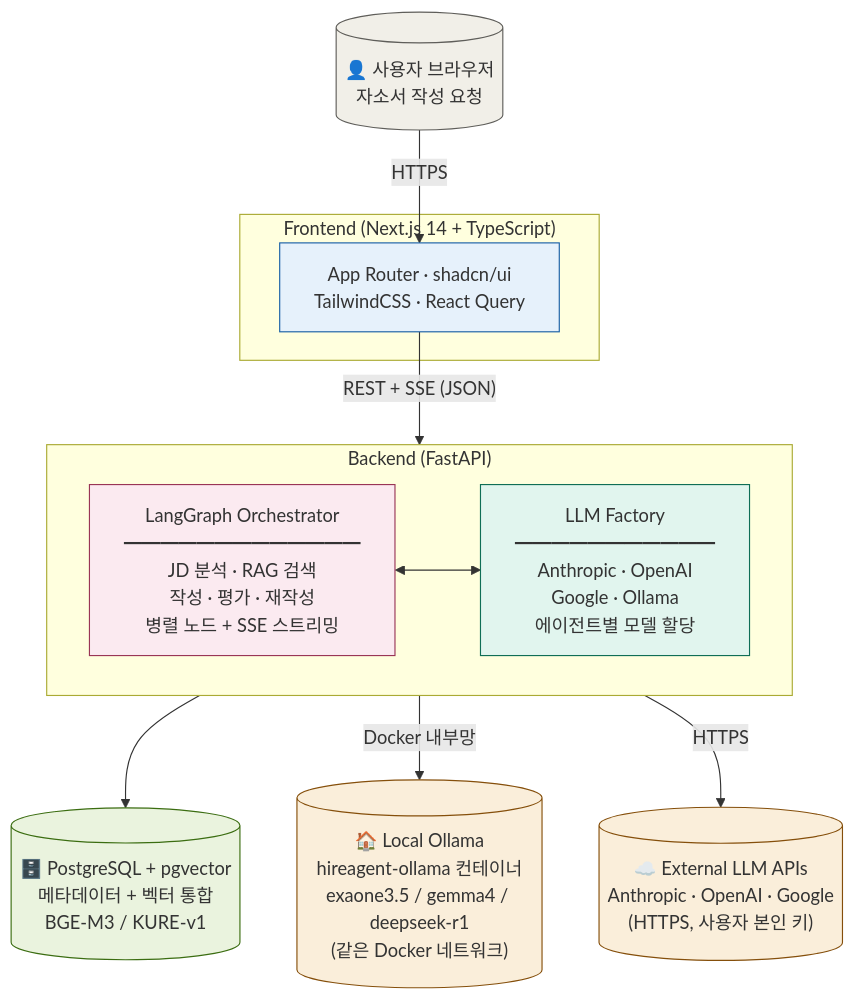
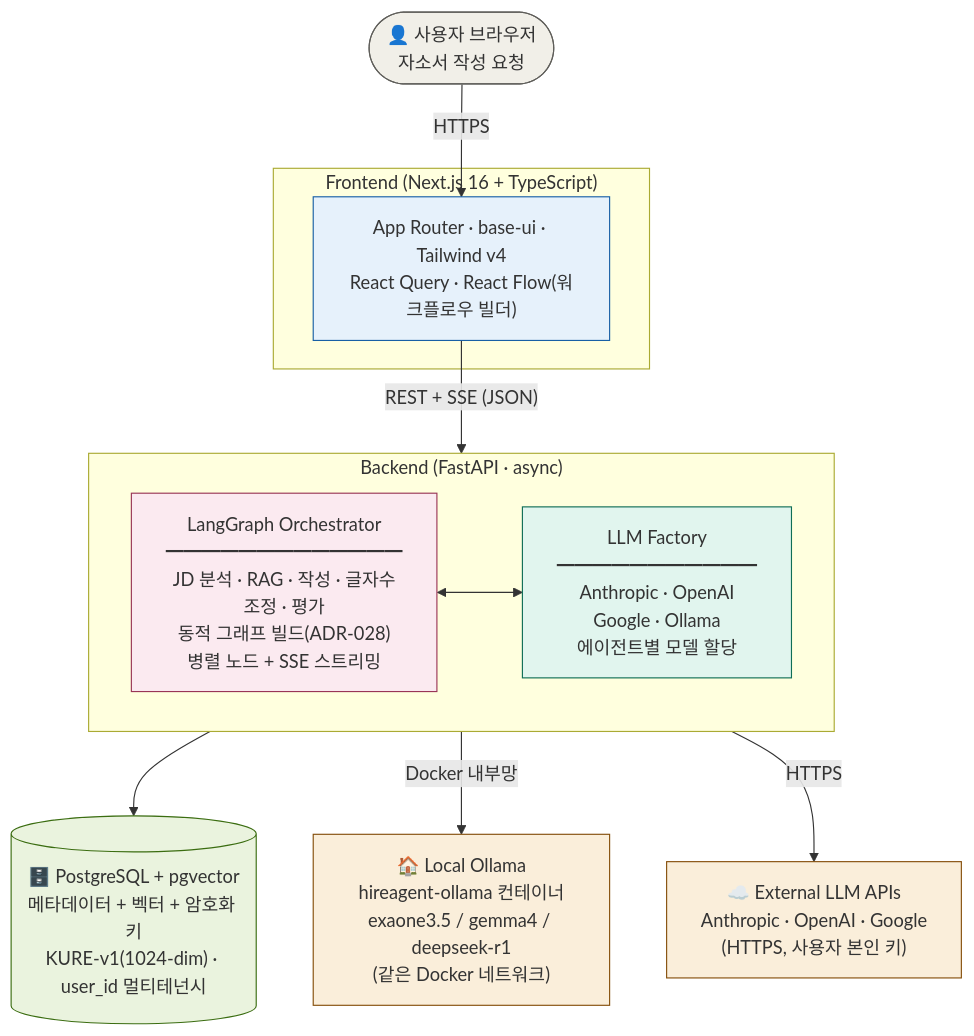
The first of 3 diagrams in docs/architecture.md (chakihwan/HireAgent), drawn with Mermaid before and after one commit. The commit also changed other lines of this file, not shown here.

Commit message:
docs(architecture): §1 시스템 다이어그램 stale 정정 + 노드 모양
- 스택 최신화: Next 14→16, shadcn→base-ui·Tailwind v4, FastAPI async
- 오케스트레이터에 동적 그래프 빌드(ADR-028) 명시, 책임표 갱신
- DB 노드: BGE-M3 후보 표기 제거→KURE-v1(1024-dim) 확정,
  암호화 키 저장·user_id 멀티테넌시 반영
- 노드 모양 정정: User=stadium·외부 LLM=사각형·DB만 원통
  (기존엔 전부 원통이라 브라우저/외부 API가 DB처럼 보였음)
- README 시스템 구성도와 정합

````diff
--- a/docs/architecture.md
+++ b/docs/architecture.md
@@ -13,33 +13,33 @@
 ```mermaid
 flowchart TD
-    User[("👤 사용자 브라우저<br/>자소서 작성 요청")]
+    User(["👤 사용자 브라우저<br/>자소서 작성 요청"])
 
-    subgraph Frontend["Frontend (Next.js 14 + TypeScript)"]
-        FE["App Router · shadcn/ui<br/>TailwindCSS · React Query"]
+    subgraph Frontend["Frontend (Next.js 16 + TypeScript)"]
+        FE["App Router · base-ui · Tailwind v4<br/>React Query · React Flow(워크플로우 빌더)"]
     end
 
-    subgraph Backend["Backend (FastAPI)"]
+    subgraph Backend["Backend (FastAPI · async)"]
         direction LR
-        LG["LangGraph Orchestrator<br/>━━━━━━━━━━━━━<br/>JD 분석 · RAG 검색<br/>작성 · 평가 · 재작성<br/>병렬 노드 + SSE 스트리밍"]
+        LG["LangGraph Orchestrator<br/>━━━━━━━━━━━━━<br/>JD 분석 · RAG · 작성 · 글자수조정 · 평가<br/>동적 그래프 빌드(ADR-028)<br/>병렬 노드 + SSE 스트리밍"]
         LF["LLM Factory<br/>━━━━━━━━━━━<br/>Anthropic · OpenAI<br/>Google · Ollama<br/>에이전트별 모델 할당"]
         LG <--> LF
     end
 
-    DB[("🗄️ PostgreSQL + pgvector<br/>메타데이터 + 벡터 통합<br/>BGE-M3 / KURE-v1")]
-    Ollama[("🏠 Local Ollama<br/>hireagent-ollama 컨테이너<br/>exaone3.5 / gemma4 / deepseek-r1<br/>(같은 Docker 네트워크)")]
-    LLM[("☁️ External LLM APIs<br/>Anthropic · OpenAI · Google<br/>(HTTPS, 사용자 본인 키)")]
+    DB[("🗄️ PostgreSQL + pgvector<br/>메타데이터 + 벡터 + 암호화 키<br/>KURE-v1(1024-dim) · user_id 멀티테넌시")]
+    Ollama["🏠 Local Ollama<br/>hireagent-ollama 컨테이너<br/>exaone3.5 / gemma4 / deepseek-r1<br/>(같은 Docker 네트워크)"]
+    LLM["☁️ External LLM APIs<br/>Anthropic · OpenAI · Google<br/>(HTTPS, 사용자 본인 키)"]
 
     User -->|HTTPS| FE
     FE -->|"REST + SSE (JSON)"| Backend
     LG --> DB
     LF -->|"Docker 내부망"| Ollama
     LF -->|HTTPS| LLM
 
     style User fill:#F1EFE8,stroke:#5F5E5A
     style FE fill:#E6F1FB,stroke:#185FA5
     style LG fill:#FBEAF0,stroke:#993556
     style LF fill:#E1F5EE,stroke:#0F6E56
     style DB fill:#EAF3DE,stroke:#3B6D11
     style Ollama fill:#FAEEDA,stroke:#854F0B
     style LLM fill:#FAEEDA,stroke:#854F0B
 ```
````
